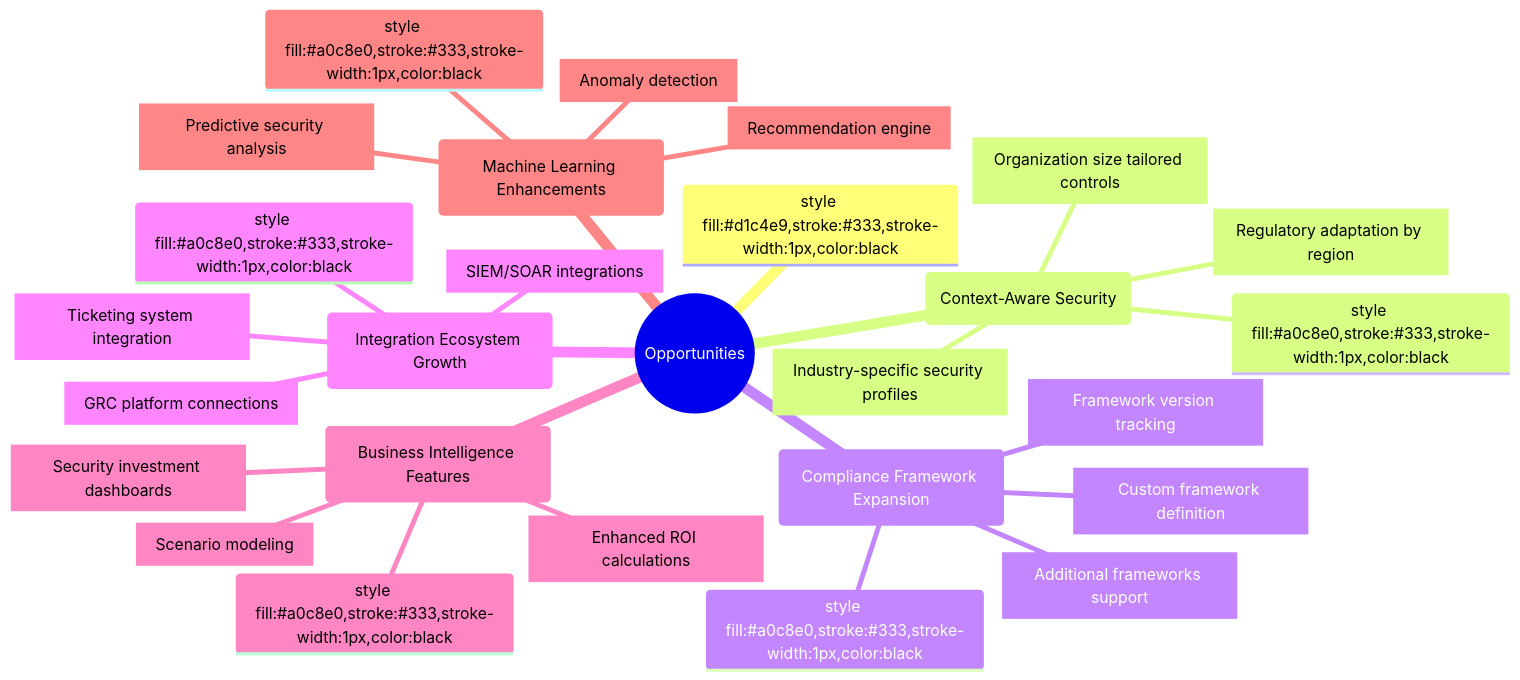
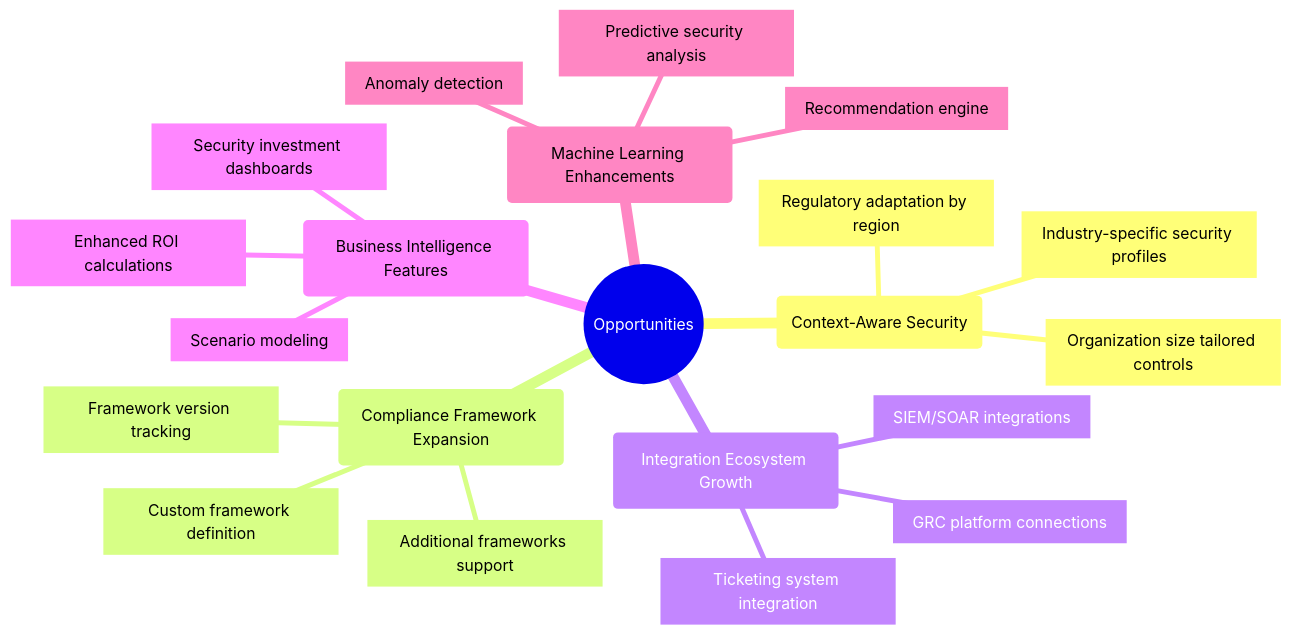
Before and after one commit to Hack23/cia-compliance-manager: the fifth of 6 diagrams in docs/architecture/SWOT.md, drawn with Mermaid. The commit also changed other lines of this file, not shown here.

````diff
--- a/docs/architecture/SWOT.md
+++ b/docs/architecture/SWOT.md
@@ -203,30 +197,24 @@
 ```mermaid
 mindmap
   root((Opportunities))
-    style fill:#d1c4e9,stroke:#333,stroke-width:1px,color:black
     id1(Context-Aware Security)
-      style fill:#a0c8e0,stroke:#333,stroke-width:1px,color:black
       id1.1[Industry-specific security profiles]
       id1.2[Regulatory adaptation by region]
       id1.3[Organization size tailored controls]
     id2(Compliance Framework Expansion)
-      style fill:#a0c8e0,stroke:#333,stroke-width:1px,color:black
       id2.1[Additional frameworks support]
       id2.2[Framework version tracking]
       id2.3[Custom framework definition]
     id3(Integration Ecosystem Growth)
-      style fill:#a0c8e0,stroke:#333,stroke-width:1px,color:black
       id3.1[SIEM/SOAR integrations]
       id3.2[GRC platform connections]
       id3.3[Ticketing system integration]
     id4(Business Intelligence Features)
-      style fill:#a0c8e0,stroke:#333,stroke-width:1px,color:black
       id4.1[Enhanced ROI calculations]
       id4.2[Security investment dashboards]
       id4.3[Scenario modeling]
     id5(Machine Learning Enhancements)
-      style fill:#a0c8e0,stroke:#333,stroke-width:1px,color:black
       id5.1[Recommendation engine]
       id5.2[Anomaly detection]
       id5.3[Predictive security analysis]
 ```
````
